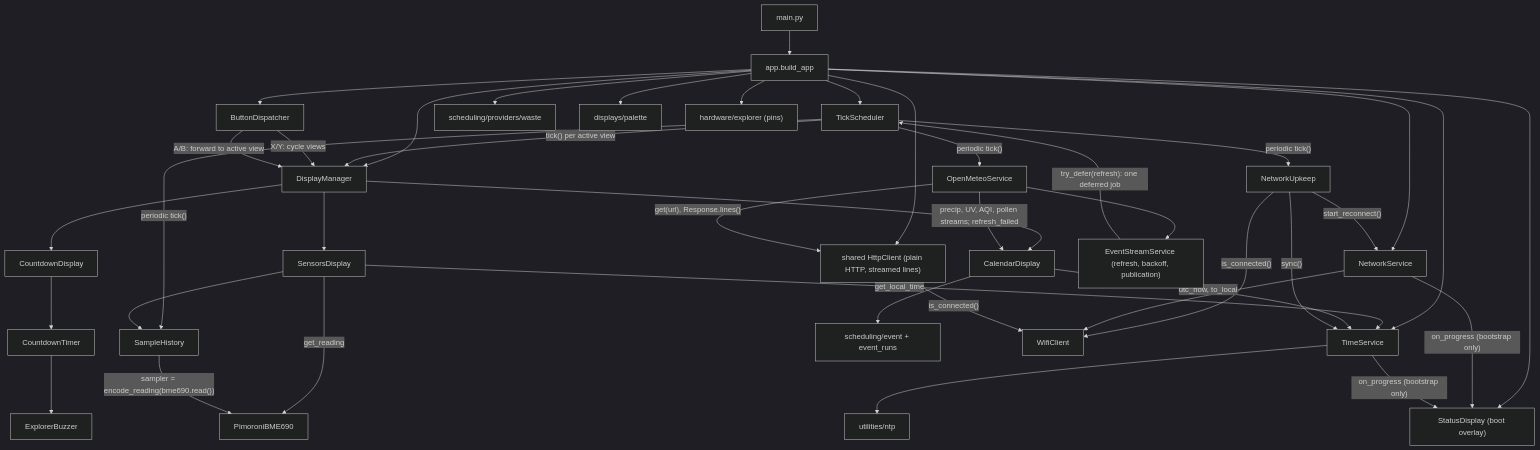
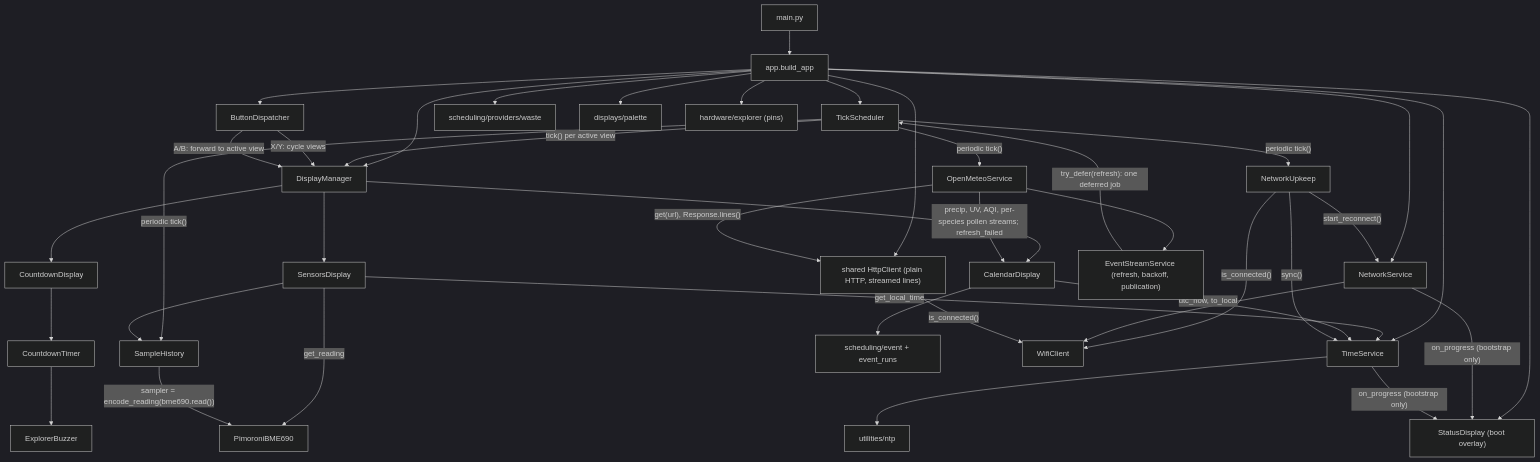
Before and after one commit to aannenko/pico-explorer-playground: the diagram in .github/copilot-instructions.md, drawn with Mermaid (dark theme). The commit also changed other lines of this file and 6 other files, not shown here.

Commit message:
Show each pollen species as its own calendar stream

````diff
--- a/.github/copilot-instructions.md
+++ b/.github/copilot-instructions.md
@@ -36,48 +36,48 @@
 ```mermaid
 graph TD
     main.py --> app["app.build_app"]
     app --> DisplayManager
     app --> ButtonDispatcher
     app --> TickScheduler
     app --> NetworkService
     app --> TimeService
     app --> HttpClient
     app --> StatusDisplay["StatusDisplay (boot overlay)"]
 
     TickScheduler -- "periodic tick()" --> NetworkUpkeep
     TickScheduler -- "periodic tick()" --> SampleHistory
     TickScheduler -- "periodic tick()" --> OpenMeteoService
     TickScheduler -- "tick() per active view" --> DisplayManager
 
     DisplayManager --> CountdownDisplay
     DisplayManager --> SensorsDisplay
     DisplayManager --> CalendarDisplay
 
     CountdownDisplay --> CountdownTimer --> ExplorerBuzzer
     SensorsDisplay -- "get_reading" --> PimoroniBME690
     SensorsDisplay --> SampleHistory
     SampleHistory -- "sampler = encode_reading(bme690.read())" --> PimoroniBME690
     SensorsDisplay -- "get_local_time" --> TimeService
     CalendarDisplay -- "utc_now, to_local" --> TimeService
     CalendarDisplay --> scheduling["scheduling/event + event_runs"]
 
     NetworkUpkeep -- "start_reconnect()" --> NetworkService
     NetworkUpkeep -- "sync()" --> TimeService
     NetworkUpkeep -- "is_connected()" --> WifiClient
     NetworkService -- "on_progress (bootstrap only)" --> StatusDisplay
     NetworkService --> WifiClient
     TimeService -- "on_progress (bootstrap only)" --> StatusDisplay
     TimeService --> ntp["utilities/ntp"]
     OpenMeteoService --> EventStreamService["EventStreamService (refresh, backoff, publication)"]
     EventStreamService -- "try_defer(refresh): one deferred job" --> TickScheduler
     OpenMeteoService -- "get(url), Response.lines()" --> HttpClient["shared HttpClient (plain HTTP, streamed lines)"]
     HttpClient -- "is_connected()" --> WifiClient
-    OpenMeteoService -- "precip, UV, AQI, pollen streams; refresh_failed" --> CalendarDisplay
+    OpenMeteoService -- "precip, UV, AQI, per-species pollen streams; refresh_failed" --> CalendarDisplay
 
     app --> providers["scheduling/providers/waste"]
     app --> Palette["displays/palette"]
     app --> hardware["hardware/explorer (pins)"]
 
     ButtonDispatcher -- "X/Y: cycle views" --> DisplayManager
     ButtonDispatcher -- "A/B: forward to active view" --> DisplayManager
 ```
````
